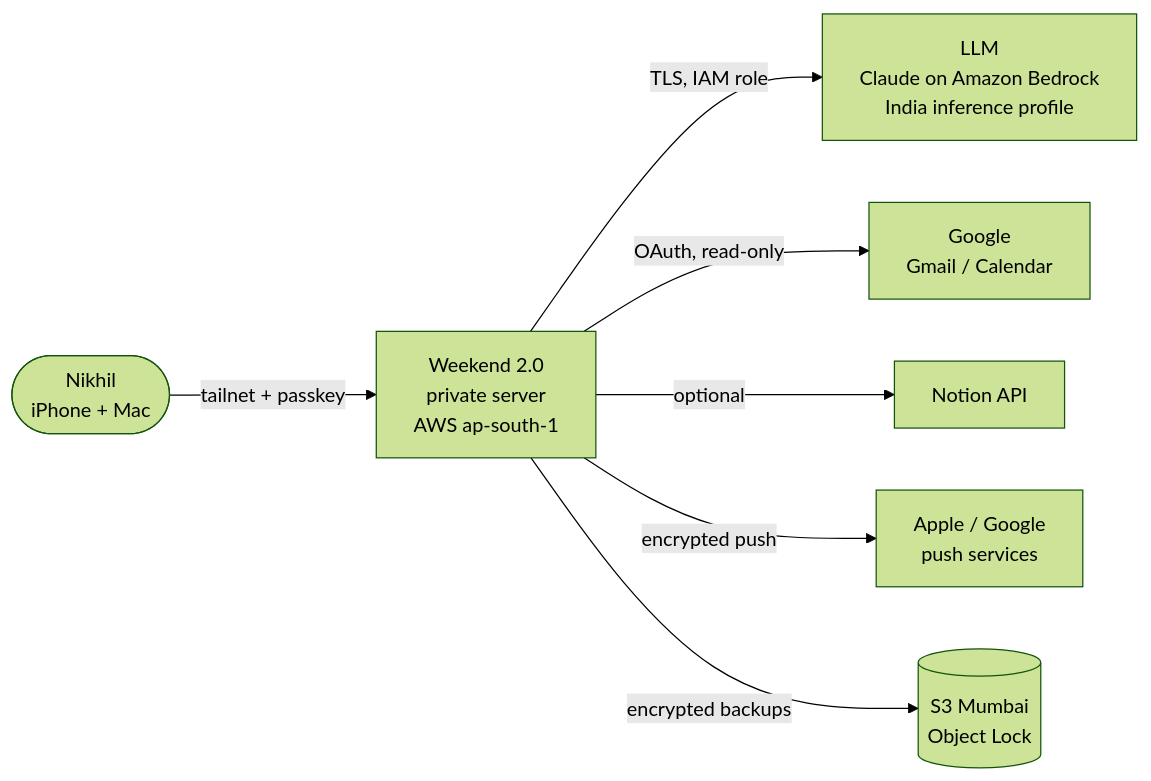
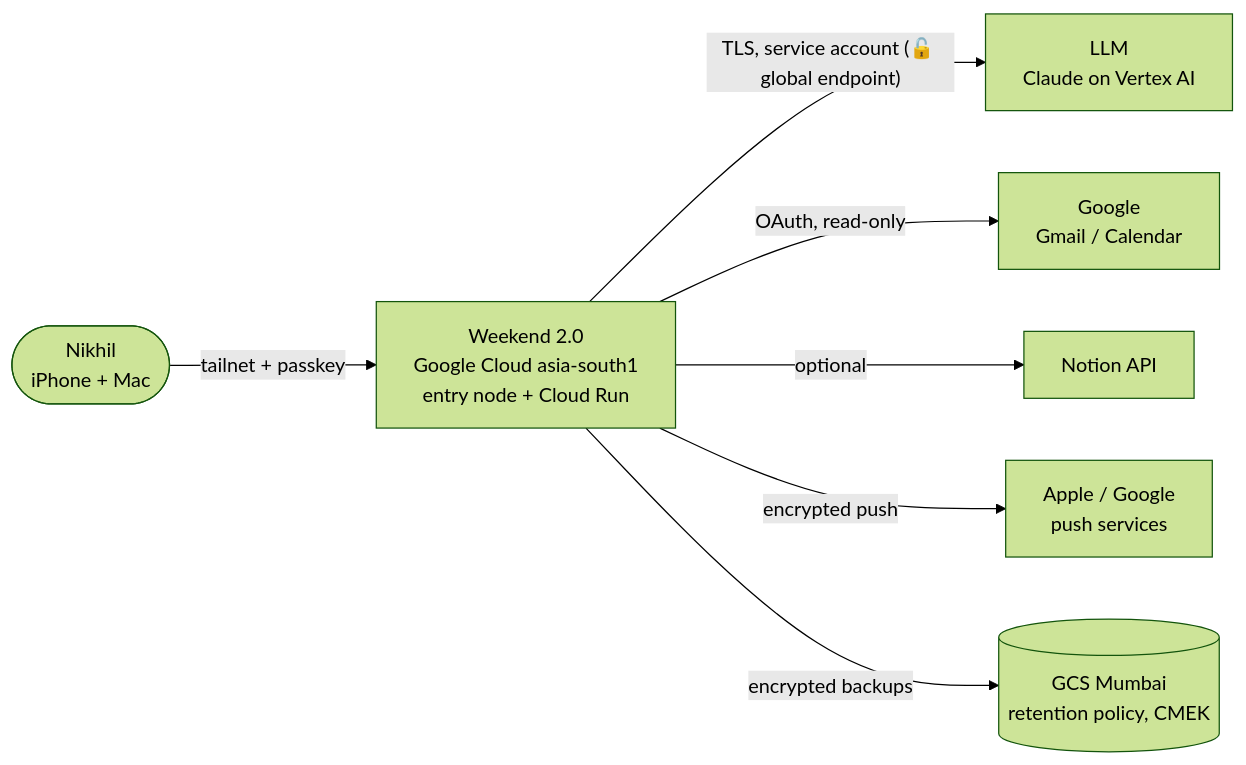
Before and after one commit to SharoffNIKHIL/Weekend2.0: the first of 5 diagrams in docs/DESIGN.md, drawn with Mermaid (forest theme). The commit also changed other lines of this file and 91 other files, not shown here.

First line of the commit message:
feat(gcp)!: move Weekend 2.0 from AWS to Google Cloud (D4 decided)

````diff
--- a/docs/DESIGN.md
+++ b/docs/DESIGN.md
@@ -160,9 +165,9 @@
 ```mermaid
 flowchart LR
-  owner([Nikhil<br/>iPhone + Mac]) -- tailnet + passkey --> weekend[Weekend 2.0<br/>private server<br/>AWS ap-south-1]
-  weekend -- TLS, IAM role --> llm[LLM<br/>Claude on Amazon Bedrock<br/>India inference profile]
+  owner([Nikhil<br/>iPhone + Mac]) -- tailnet + passkey --> weekend[Weekend 2.0<br/>Google Cloud asia-south1<br/>entry node + Cloud Run]
+  weekend -- "TLS, service account (🔓 global endpoint)" --> llm[LLM<br/>Claude on Vertex AI]
   weekend -- OAuth, read-only --> google[Google<br/>Gmail / Calendar]
   weekend -- optional --> notion[Notion API]
   weekend -- encrypted push --> push[Apple / Google<br/>push services]
-  weekend -- encrypted backups --> s3[(S3 Mumbai<br/>Object Lock)]
+  weekend -- encrypted backups --> gcs[(GCS Mumbai<br/>retention policy, CMEK)]
 ```
````
